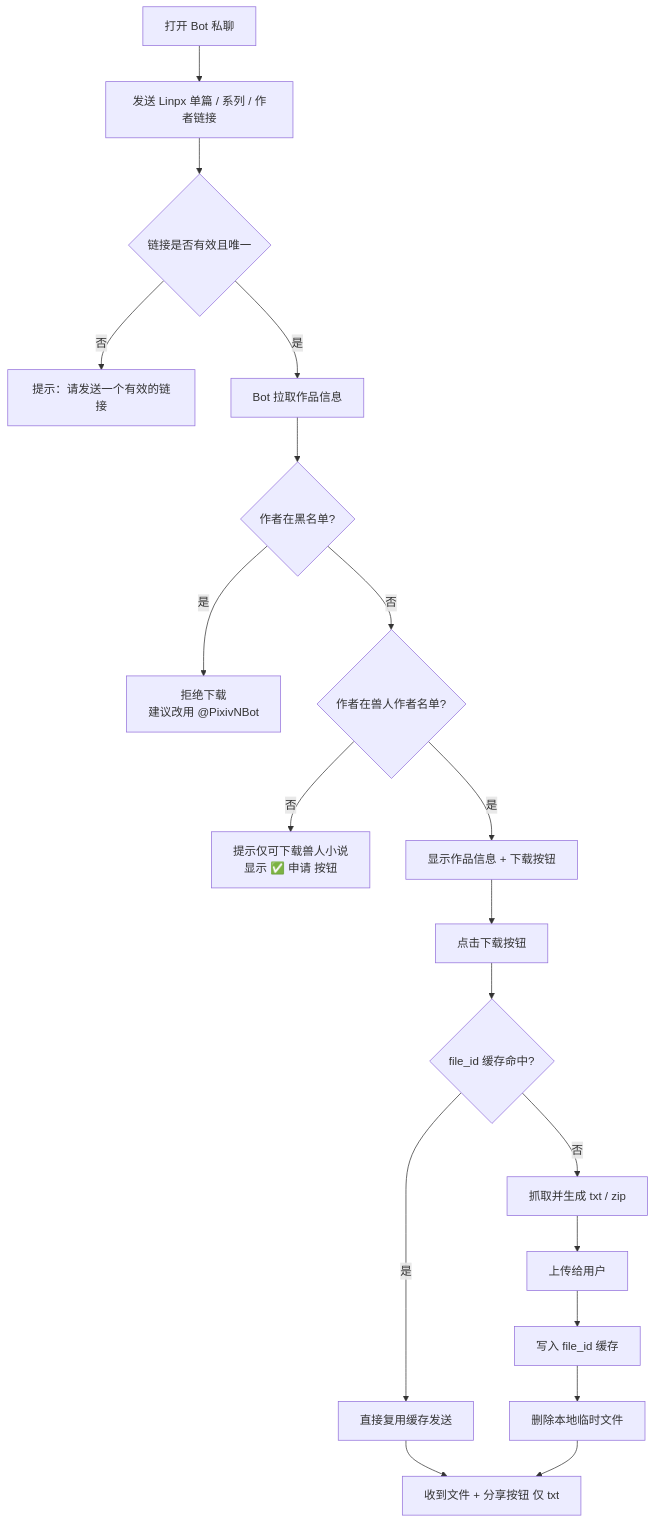
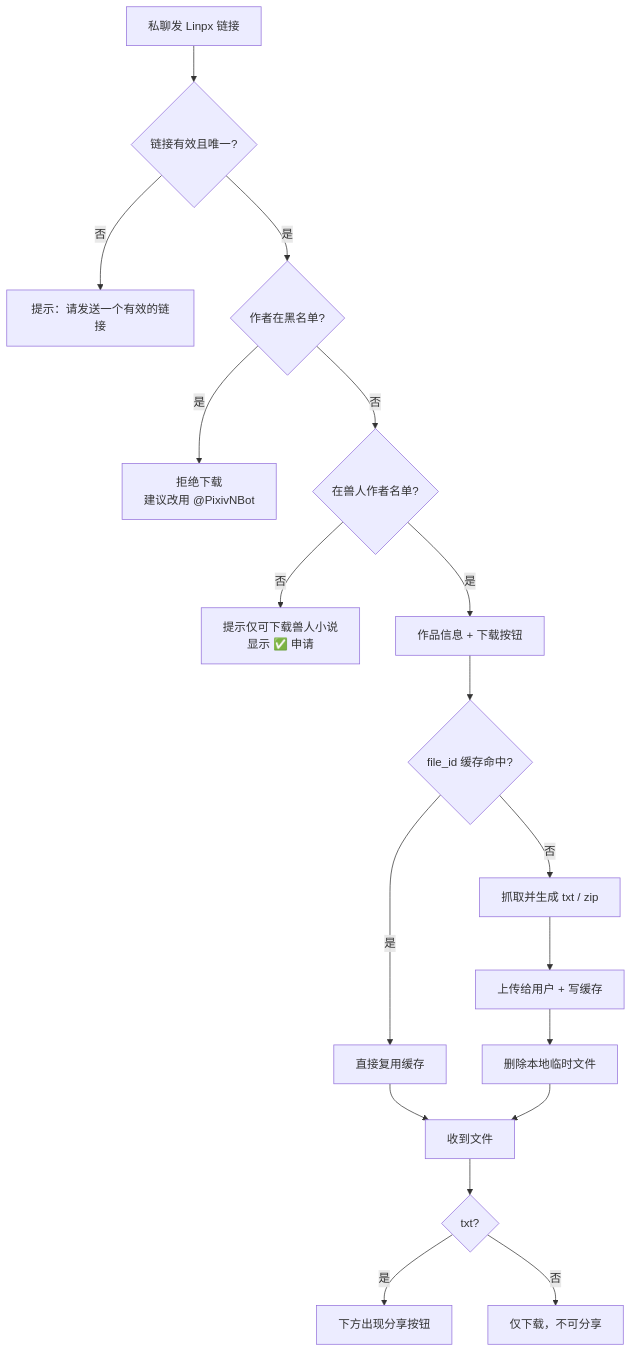
Before and after one commit to DowneyRem/FurryReadingBot: the diagram in docs/02-用户使用流程.md, drawn with Mermaid. The commit also changed other lines of this file and 4 other files, not shown here.

````diff
--- a/docs/02-用户使用流程.md
+++ b/docs/02-用户使用流程.md
@@ -45,21 +36,20 @@
 ```mermaid
 flowchart TD
-    A[打开 Bot 私聊] --> B[发送 Linpx 单篇 / 系列 / 作者链接]
-    B --> C{链接是否有效且唯一}
-    C -- 否 --> C1[提示：请发送一个有效的链接]
-    C -- 是 --> D[Bot 拉取作品信息]
-    D --> E{作者在黑名单?}
-    E -- 是 --> E1[拒绝下载<br/>建议改用 @PixivNBot]
-    E -- 否 --> F{作者在兽人作者名单?}
-    F -- 否 --> F1[提示仅可下载兽人小说<br/>显示 ✅ 申请 按钮]
-    F -- 是 --> G[显示作品信息 + 下载按钮]
-    G --> H[点击下载按钮]
-    H --> I{file_id 缓存命中?}
-    I -- 是 --> J[直接复用缓存发送]
-    I -- 否 --> K[抓取并生成 txt / zip]
-    K --> L[上传给用户]
-    L --> M[写入 file_id 缓存]
-    M --> N[删除本地临时文件]
-    J --> O[收到文件 + 分享按钮 仅 txt]
-    N --> O
+    A[私聊发 Linpx 链接] --> B{链接有效且唯一?}
+    B -- 否 --> B1[提示：请发送一个有效的链接]
+    B -- 是 --> C{作者在黑名单?}
+    C -- 是 --> C1[拒绝下载<br/>建议改用 @PixivNBot]
+    C -- 否 --> D{在兽人作者名单?}
+    D -- 否 --> D1[提示仅可下载兽人小说<br/>显示 ✅ 申请]
+    D -- 是 --> E[作品信息 + 下载按钮]
+    E --> F{file_id 缓存命中?}
+    F -- 是 --> G[直接复用缓存]
+    F -- 否 --> H[抓取并生成 txt / zip]
+    H --> I[上传给用户 + 写缓存]
+    I --> J[删除本地临时文件]
+    G --> K[收到文件]
+    J --> K
+    K --> L{txt?}
+    L -- 是 --> M[下方出现分享按钮]
+    L -- 否 --> N[仅下载，不可分享]
 ```
````
